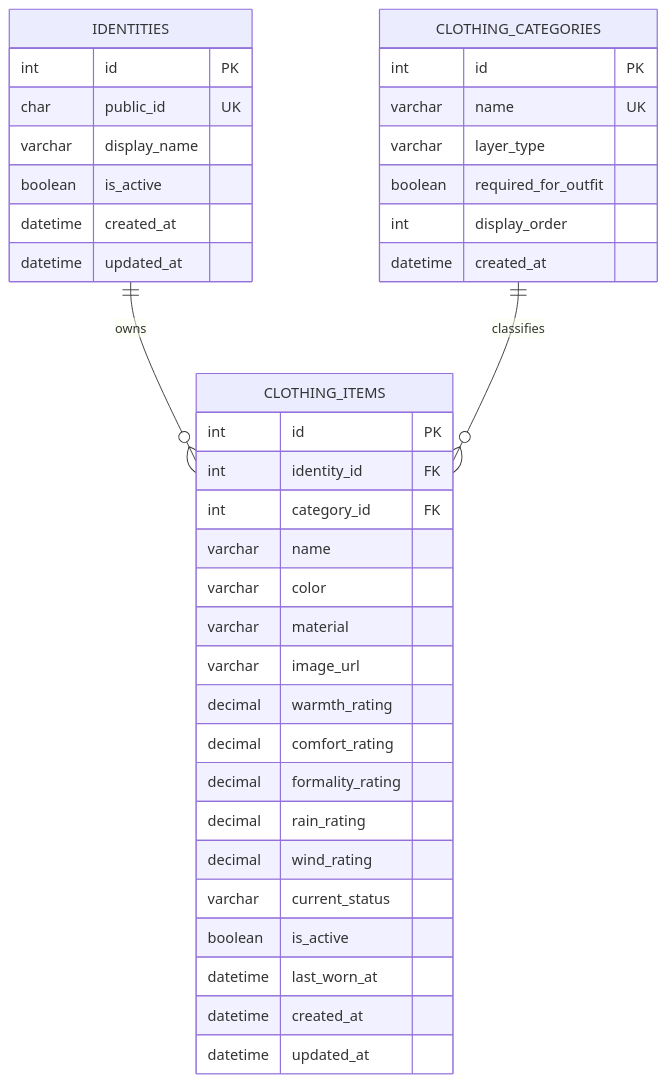
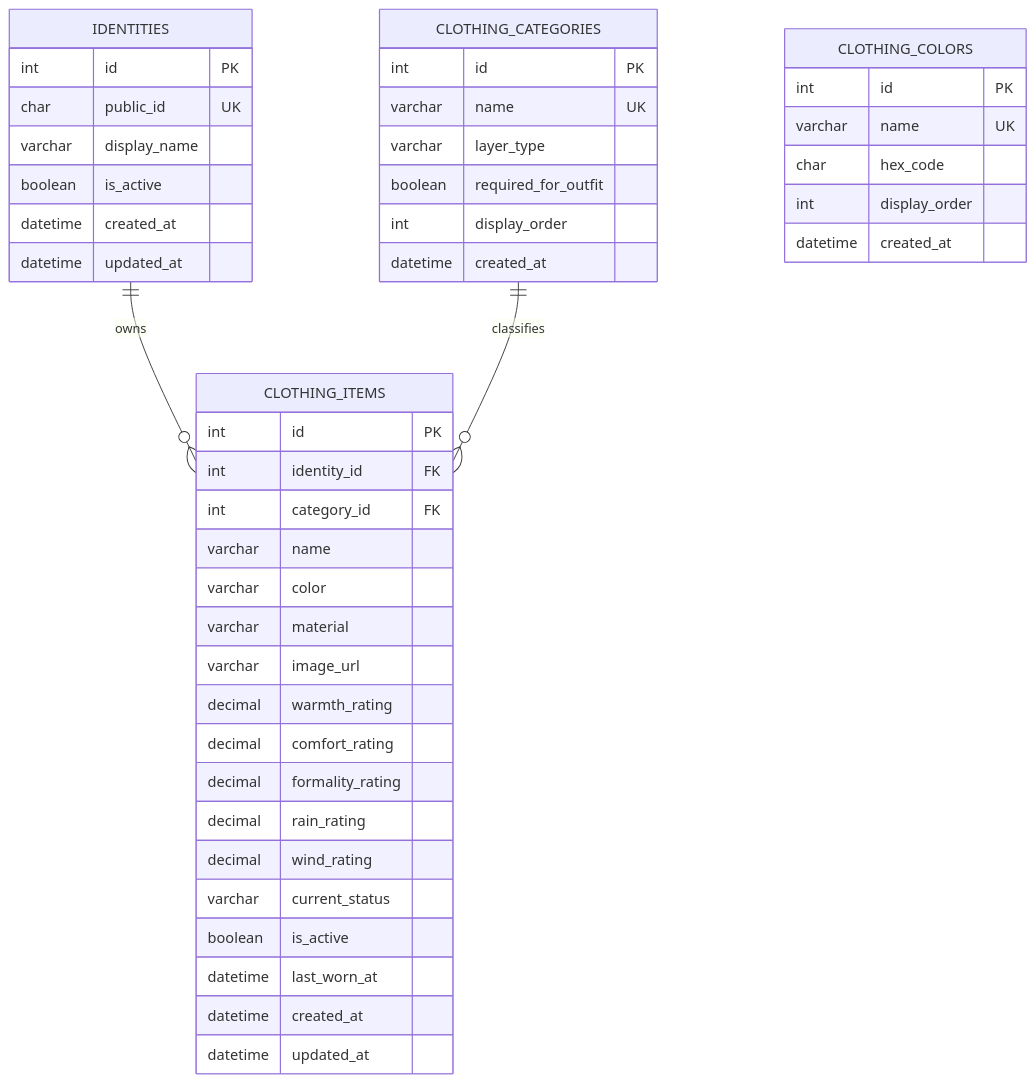
One commit to rway11200-cell/smart-wardrobe-api changed the second of 2 diagrams in docs/database.md. Above: the diagram before and after it, drawn with Mermaid. The commit also changed other lines of this file and 6 other files, not shown here.

Commit message:
feat: add clothing colors

````diff
--- a/docs/database.md
+++ b/docs/database.md
@@ -40,43 +41,51 @@
 ```mermaid
 erDiagram
     IDENTITIES ||--o{ CLOTHING_ITEMS : owns
     CLOTHING_CATEGORIES ||--o{ CLOTHING_ITEMS : classifies
 
     IDENTITIES {
         int id PK
         char public_id UK
         varchar display_name
         boolean is_active
         datetime created_at
         datetime updated_at
     }
 
     CLOTHING_CATEGORIES {
         int id PK
         varchar name UK
         varchar layer_type
         boolean required_for_outfit
+        int display_order
+        datetime created_at
+    }
+
+    CLOTHING_COLORS {
+        int id PK
+        varchar name UK
+        char hex_code
         int display_order
         datetime created_at
     }
 
     CLOTHING_ITEMS {
         int id PK
         int identity_id FK
         int category_id FK
         varchar name
         varchar color
         varchar material
         varchar image_url
         decimal warmth_rating
         decimal comfort_rating
         decimal formality_rating
         decimal rain_rating
         decimal wind_rating
         varchar current_status
         boolean is_active
         datetime last_worn_at
         datetime created_at
         datetime updated_at
     }
 ```
````
